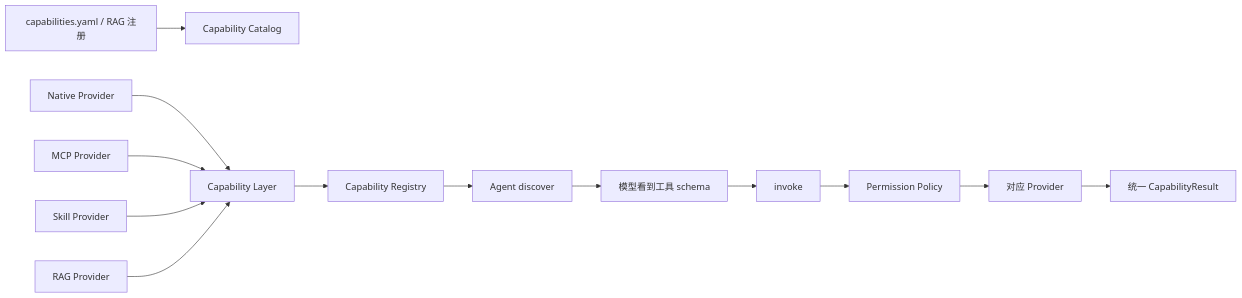
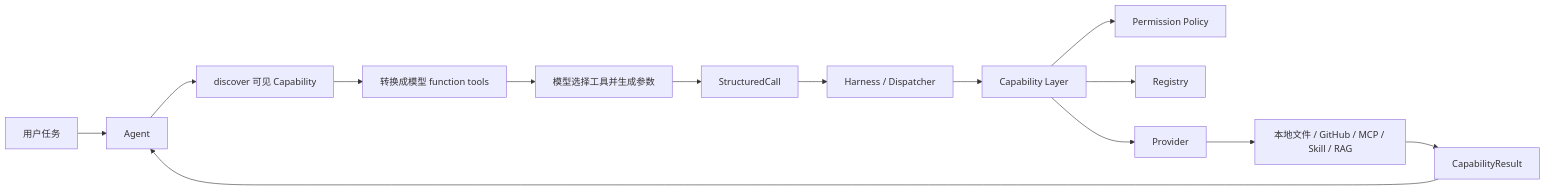
Before and after one commit to Arthur999459up/GitAgent: the first of 15 diagrams in docs/05-capability-and-tool-system.md, drawn with Mermaid. The commit also changed other lines of this file and 3 other files, not shown here.

````diff
--- a/docs/05-capability-and-tool-system.md
+++ b/docs/05-capability-and-tool-system.md
@@ -13,15 +17,16 @@
 ```mermaid
 flowchart LR
-    CFG[capabilities.yaml / RAG 注册] --> CAT[Capability Catalog]
-    P1[Native Provider] --> L[Capability Layer]
-    P2[MCP Provider] --> L
-    P3[Skill Provider] --> L
-    P4[RAG Provider] --> L
-    L --> REG[Capability Registry]
-    REG --> D[Agent discover]
-    D --> M[模型看到工具 schema]
-    M --> I[invoke]
-    I --> POL[Permission Policy]
-    POL --> PROV[对应 Provider]
-    PROV --> RES[统一 CapabilityResult]
+    U[用户任务] --> A[Agent]
+    A --> D[discover 可见 Capability]
+    D --> T[转换成模型 function tools]
+    T --> M[模型选择工具并生成参数]
+    M --> SC[StructuredCall]
+    SC --> H[Harness / Dispatcher]
+    H --> C[Capability Layer]
+    C --> P[Permission Policy]
+    C --> R[Registry]
+    C --> V[Provider]
+    V --> X[本地文件 / GitHub / MCP / Skill / RAG]
+    X --> CR[CapabilityResult]
+    CR --> A
 ```
````
